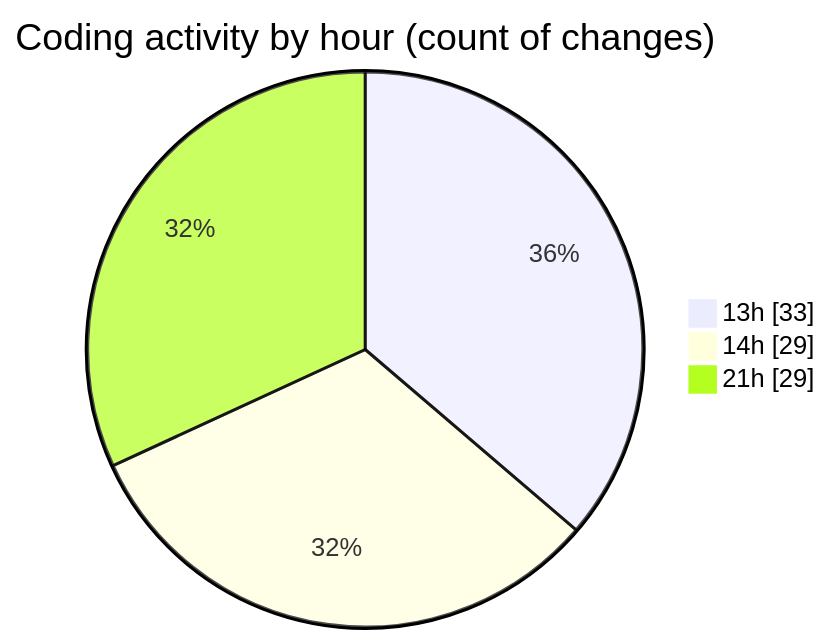
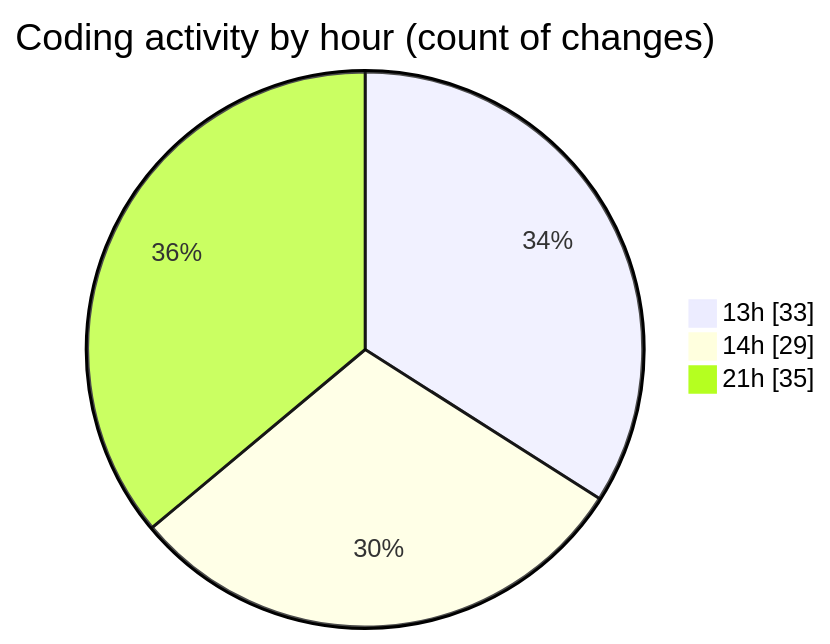
One commit to lephambinh05/code-tracking changed the second of 2 diagrams in 2025-09-13/hiai-phf/README.md. Above: the diagram before and after it, drawn with Mermaid. The commit also changed other lines of this file and 1 other file, not shown here.

````diff
--- a/2025-09-13/hiai-phf/README.md
+++ b/2025-09-13/hiai-phf/README.md
@@ -42,7 +42,7 @@
 ```mermaid
 pie showData
 title Coding activity by hour (count of changes)
 "13h" : 33
 "14h" : 29
-"21h" : 29
+"21h" : 35
 ```
````
